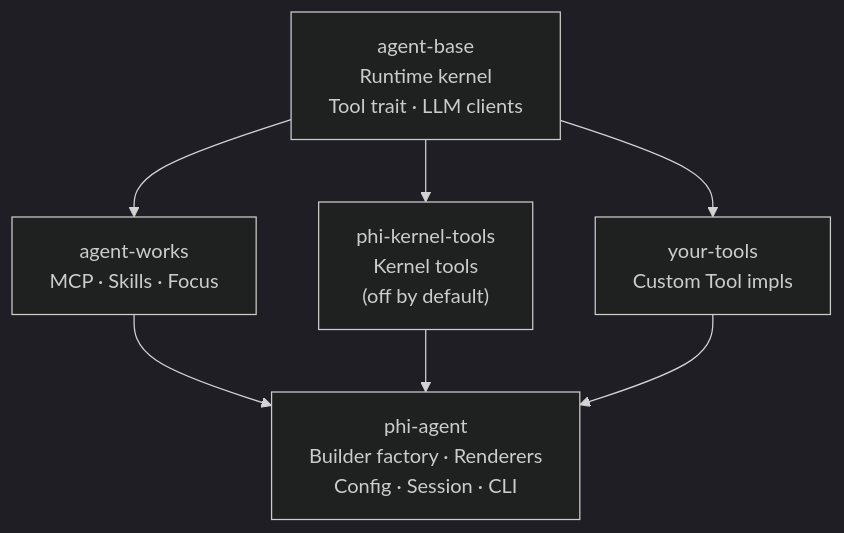
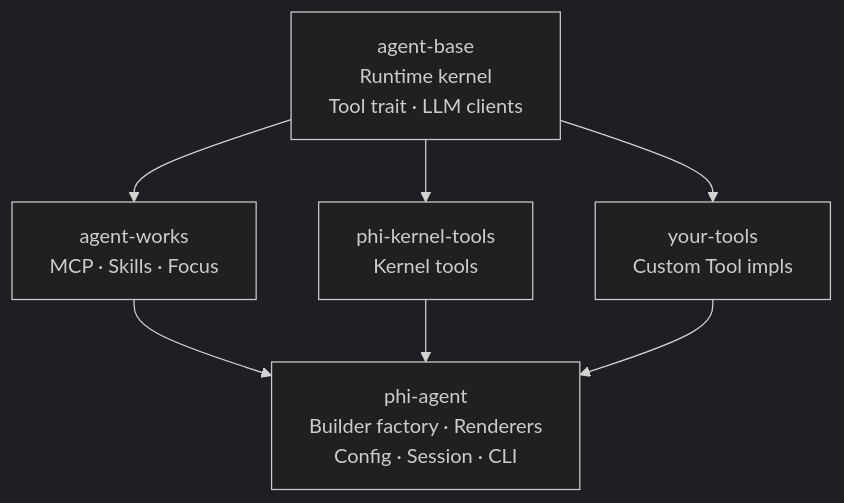
Before and after one commit to chenkangzeng1/agent-base: the diagram in docs/en/index.md, drawn with Mermaid (dark theme). The commit also changed other lines of this file and 22 other files, not shown here.

````diff
--- a/docs/en/index.md
+++ b/docs/en/index.md
@@ -49,14 +49,14 @@
 ```mermaid
 graph TB
     AB[agent-base<br/>Runtime kernel<br/>Tool trait · LLM clients]
 
     AB --> AW[agent-works<br/>MCP · Skills · Focus]
-    AB --> PKT["phi-kernel-tools<br/>Kernel tools<br/>(off by default)"]
+    AB --> PKT["phi-kernel-tools<br/>Kernel tools"]
     AB --> YT[your-tools<br/>Custom Tool impls]
 
     AW --> PA
     PKT --> PA
     YT --> PA
 
     PA[phi-agent<br/>Builder factory · Renderers<br/>Config · Session · CLI]
 ```
````
